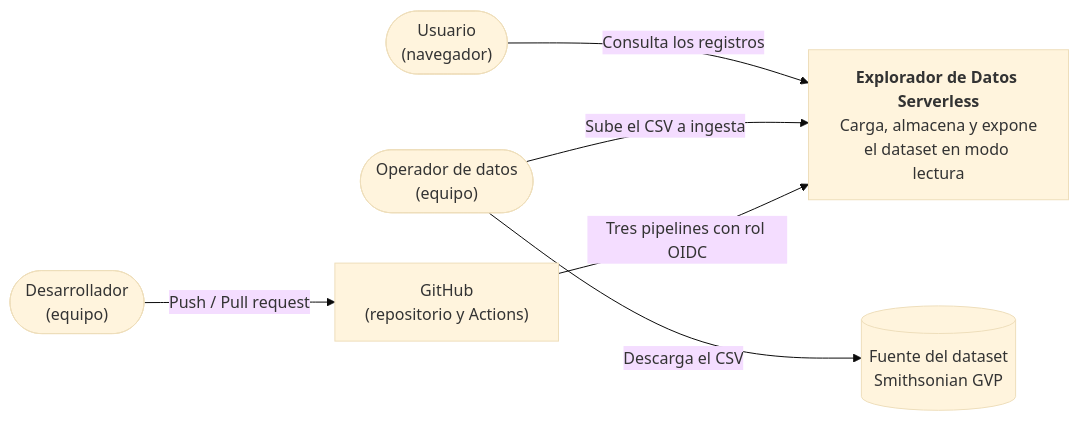
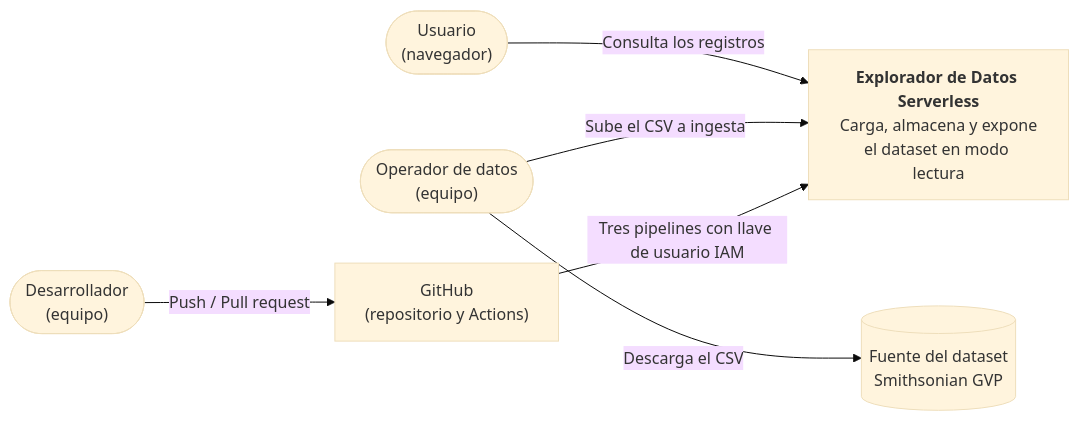
The first of 2 diagrams in docs/arquitectura.md (andresgomezgarcia01/cont-app-soft-u4), drawn with Mermaid (base theme) before and after one commit. The commit also changed other lines of this file and 8 other files, not shown here.

````diff
--- a/docs/arquitectura.md
+++ b/docs/arquitectura.md
@@ -81,15 +81,15 @@
 ```mermaid
 flowchart LR
     usuario(["Usuario<br/>(navegador)"])
     operador(["Operador de datos<br/>(equipo)"])
     dev(["Desarrollador<br/>(equipo)"])
     fuente[("Fuente del dataset<br/>Smithsonian GVP")]
     sistema["<b>Explorador de Datos Serverless</b><br/>Carga, almacena y expone<br/>el dataset en modo lectura"]
     gh["GitHub<br/>(repositorio y Actions)"]
 
     usuario -- "Consulta los registros" --> sistema
     operador -- "Descarga el CSV" --> fuente
     operador -- "Sube el CSV a ingesta" --> sistema
     dev -- "Push / Pull request" --> gh
-    gh -- "Tres pipelines con rol OIDC" --> sistema
+    gh -- "Tres pipelines con llave de usuario IAM" --> sistema
 ```
````
